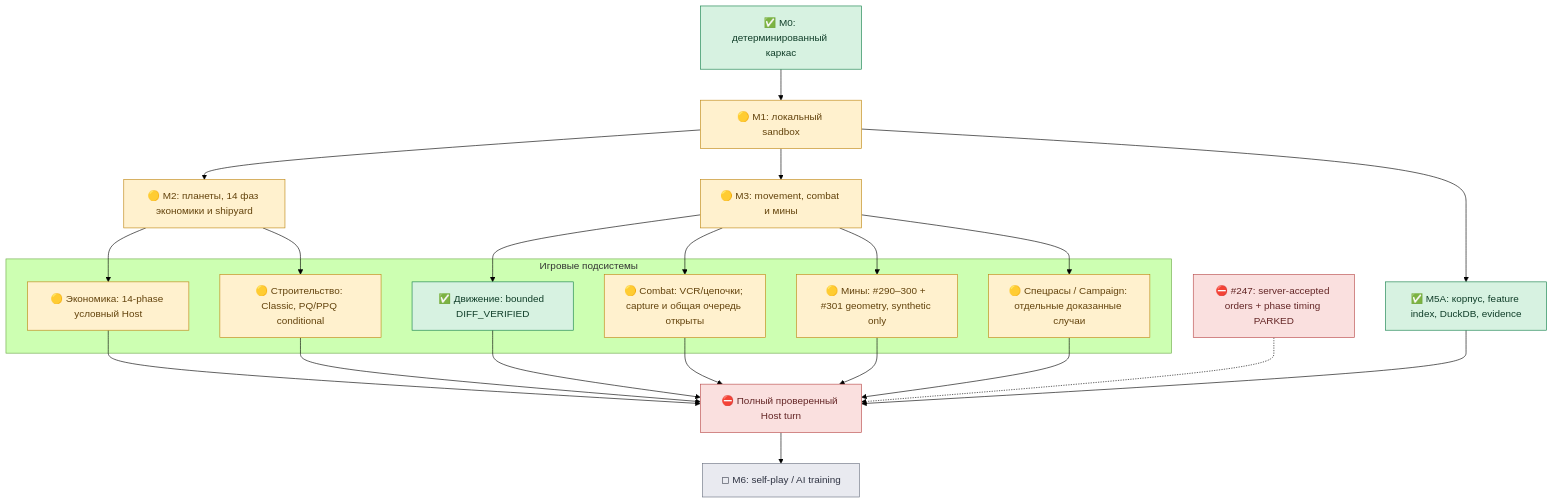
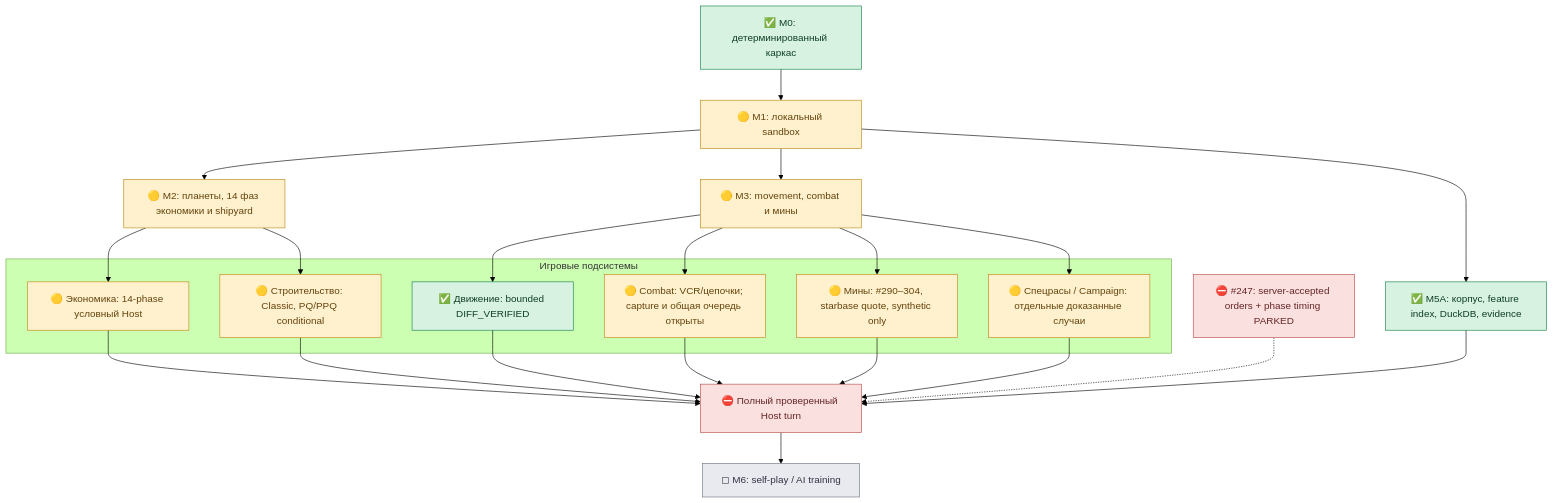
The first of 2 diagrams in docs/PROJECT_PROGRESS_MAP.md (Numillyash/planets-lab), drawn with Mermaid (forest theme) before and after one commit. The commit also changed other lines of this file and 6 other files, not shown here.

````diff
--- a/docs/PROJECT_PROGRESS_MAP.md
+++ b/docs/PROJECT_PROGRESS_MAP.md
@@ -15,41 +17,41 @@
 ```mermaid
 flowchart TB
     M0["✅ M0: детерминированный каркас"] --> M1["🟡 M1: локальный sandbox"]
     M1 --> M2["🟡 M2: планеты, 14 фаз экономики и shipyard"]
     M1 --> M3["🟡 M3: movement, combat и мины"]
     M1 --> M5["✅ M5A: корпус, feature index, DuckDB, evidence"]
 
     subgraph HostCore["Игровые подсистемы"]
       MOVE["✅ Движение: bounded DIFF_VERIFIED"]
       COMBAT["🟡 Combat: VCR/цепочки; capture и общая очередь открыты"]
       ECON["🟡 Экономика: 14-phase условный Host"]
       QUEUES["🟡 Строительство: Classic, PQ/PPQ conditional"]
-      MINES["🟡 Мины: #290–300 + #301 geometry, synthetic only"]
+      MINES["🟡 Мины: #290–304, starbase quote, synthetic only"]
       RACES["🟡 Спецрасы / Campaign: отдельные доказанные случаи"]
     end
     M2 --> ECON
     M2 --> QUEUES
     M3 --> MOVE
     M3 --> COMBAT
     M3 --> MINES
     M3 --> RACES
 
     MOVE --> INTEGRATION["⛔ Полный проверенный Host turn"]
     COMBAT --> INTEGRATION
     ECON --> INTEGRATION
     QUEUES --> INTEGRATION
     MINES --> INTEGRATION
     RACES --> INTEGRATION
     M5 --> INTEGRATION
     GAP["⛔ #247: server-accepted orders + phase timing PARKED"] -.-> INTEGRATION
     INTEGRATION --> AI["◻ M6: self-play / AI training"]
 
     classDef verified fill:#d7f2e1,stroke:#14804a,color:#103e29;
     classDef partial fill:#fff1ce,stroke:#be8713,color:#63430c;
     classDef blocked fill:#fae0df,stroke:#b94b4b,color:#642626;
     classDef future fill:#e9eaf0,stroke:#6b7180,color:#303443;
     class M0,M5,MOVE verified;
     class M1,M2,M3,COMBAT,ECON,QUEUES,MINES,RACES partial;
     class INTEGRATION,GAP blocked;
     class AI future;
 ```
````
